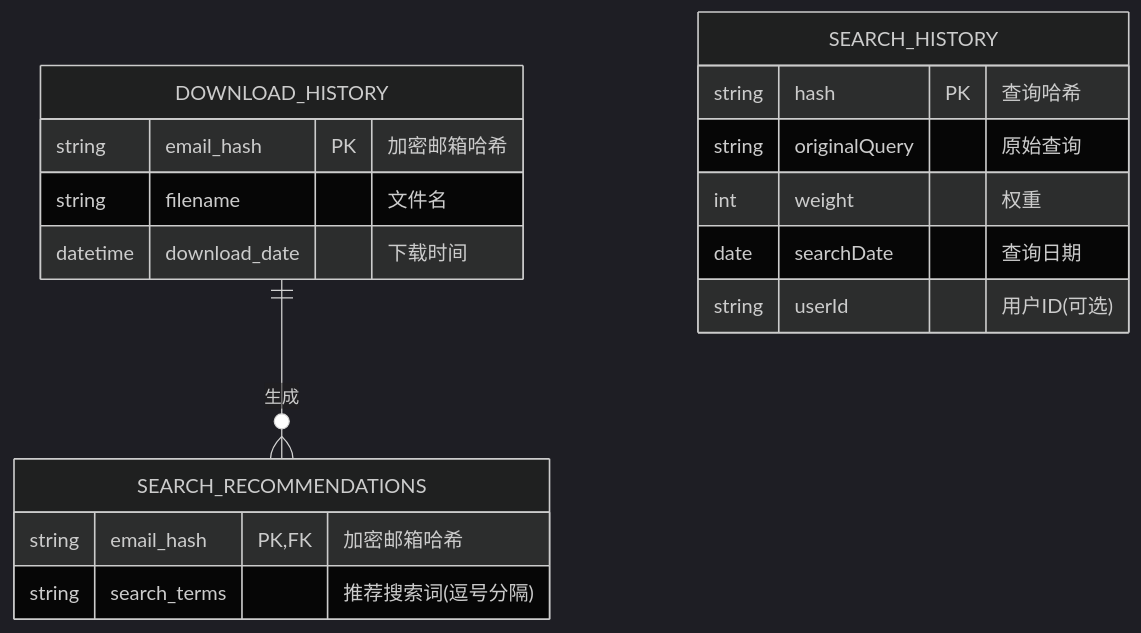
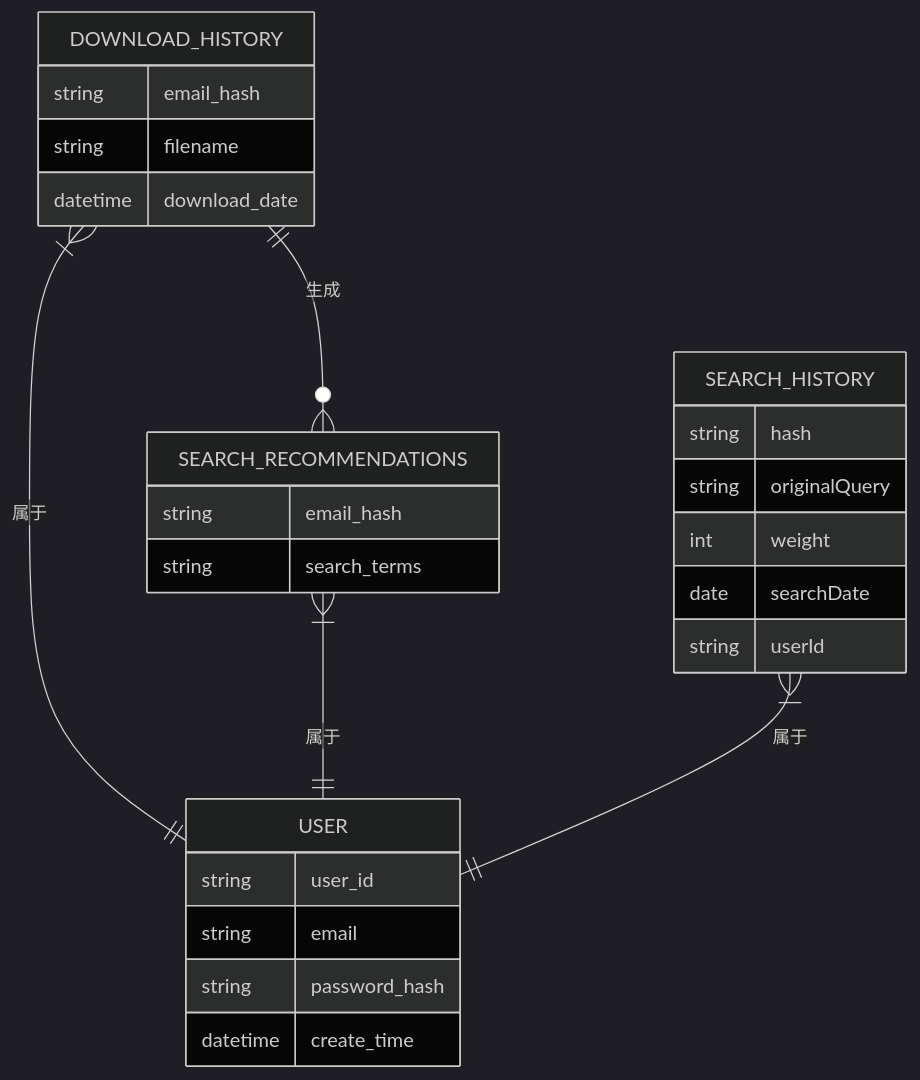
Before and after one commit to schxar/LibrarySearch: the diagram in ER图.md, drawn with Mermaid (dark theme). The commit also changed other lines of this file and 14 other files, not shown here.

````diff
--- a/ER图.md
+++ b/ER图.md
@@ -1,23 +1,34 @@
 ```mermaid
 erDiagram
     %% 数据库ER图
     DOWNLOAD_HISTORY ||--o{ SEARCH_RECOMMENDATIONS : "生成"
     DOWNLOAD_HISTORY {
-        string email_hash PK "加密邮箱哈希"
-        string filename "文件名"
-        datetime download_date "下载时间"
+        string email_hash
+        string filename
+        datetime download_date
     }
     
     SEARCH_RECOMMENDATIONS {
-        string email_hash PK,FK "加密邮箱哈希"
-        string search_terms "推荐搜索词(逗号分隔)"
+        string email_hash
+        string search_terms
     }
     
     SEARCH_HISTORY {
-        string hash PK "查询哈希"
-        string originalQuery "原始查询"
-        int weight "权重"
-        date searchDate "查询日期"
-        string userId "用户ID(可选)"
+        string hash
+        string originalQuery
+        int weight
+        date searchDate
+        string userId
     }
+
+    USER {
+        string user_id
+        string email
+        string password_hash
+        datetime create_time
+    }
+
+    DOWNLOAD_HISTORY }|--|| USER : "属于"
+    SEARCH_RECOMMENDATIONS }|--|| USER : "属于"
+    SEARCH_HISTORY }|--|| USER : "属于"
 ```
````
